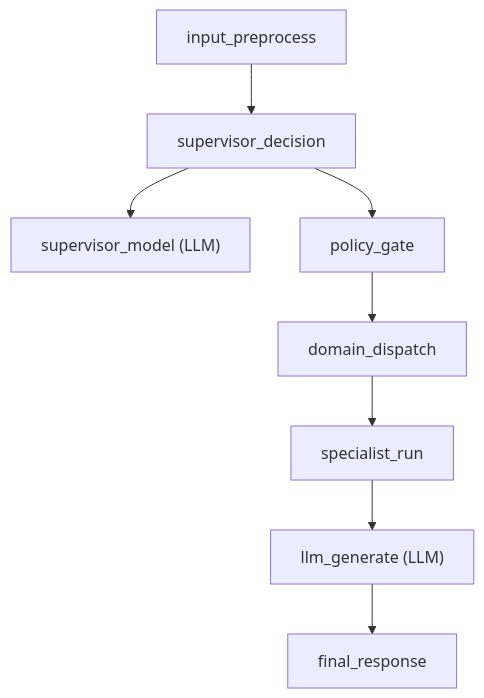
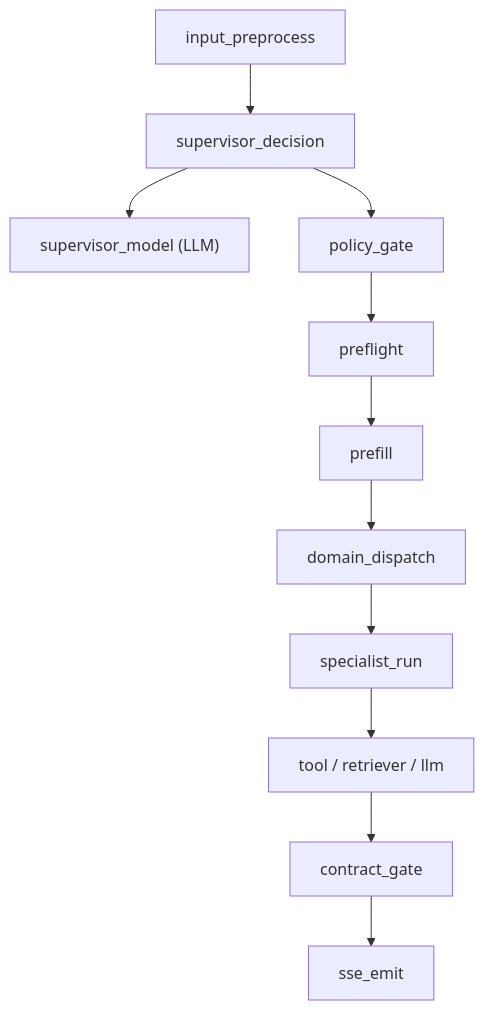
One commit to observer-mimiron/suanming-agent changed the third of 3 diagrams in docs/architecture/supervisor/06-trace-and-observability.md. Above: the diagram before and after it, drawn with Mermaid. The commit also changed other lines of this file and 102 other files, not shown here.

````diff
--- a/docs/architecture/supervisor/06-trace-and-observability.md
+++ b/docs/architecture/supervisor/06-trace-and-observability.md
@@ -9,14 +135,17 @@
 ```mermaid
 flowchart TD
     T1["input_preprocess"]
     T2["supervisor_decision"]
     T2A["supervisor_model (LLM)"]
     T3["policy_gate"]
-    T4["domain_dispatch"]
-    T5["specialist_run"]
-    T6["llm_generate (LLM)"]
-    T7["final_response"]
+    T4["preflight"]
+    T5["prefill"]
+    T6["domain_dispatch"]
+    T7["specialist_run"]
+    T8["tool / retriever / llm"]
+    T9["contract_gate"]
+    T10["sse_emit"]
 
-    T1 --> T2 --> T3 --> T4 --> T5 --> T6 --> T7
+    T1 --> T2 --> T3 --> T4 --> T5 --> T6 --> T7 --> T8 --> T9 --> T10
     T2 --> T2A
 ```
````
